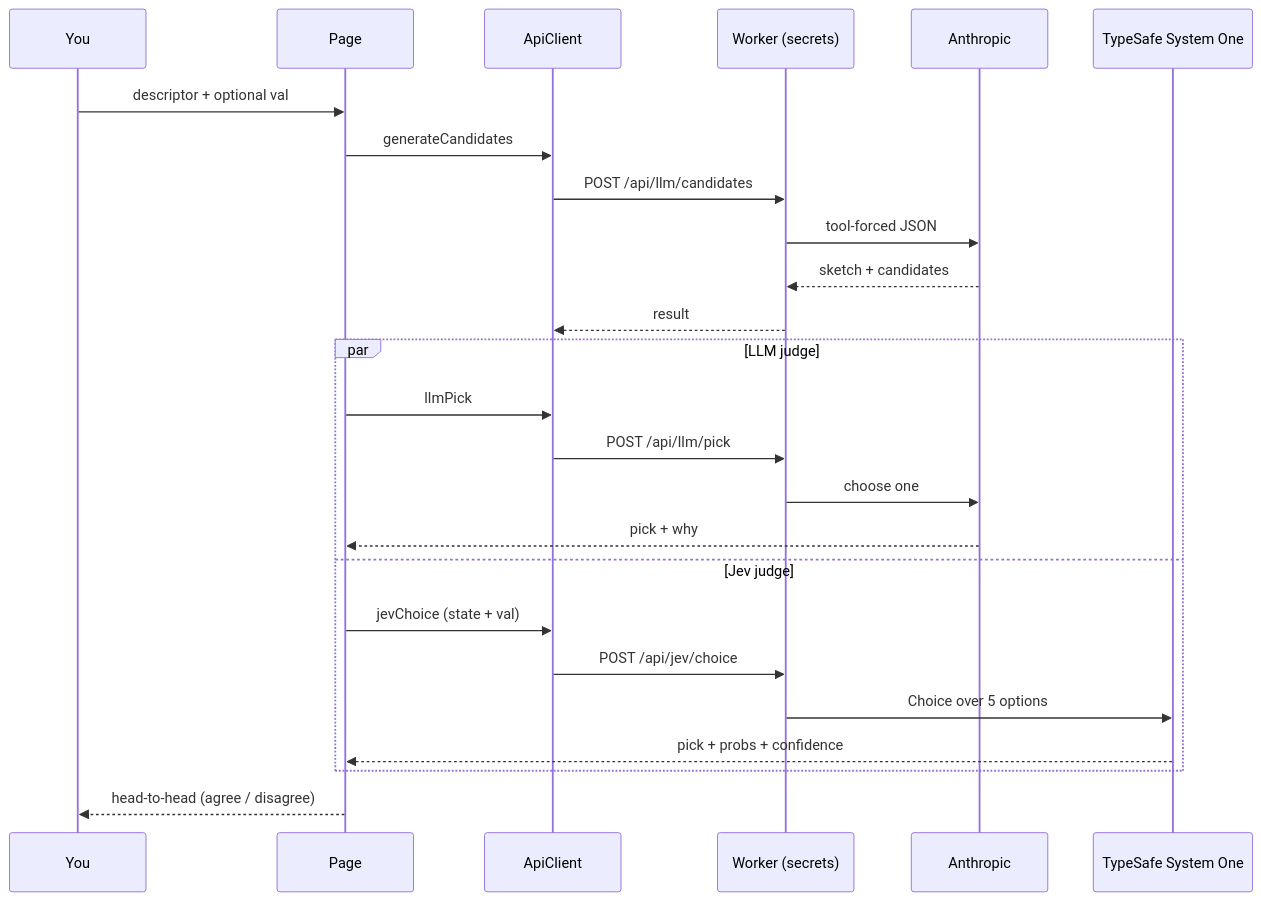
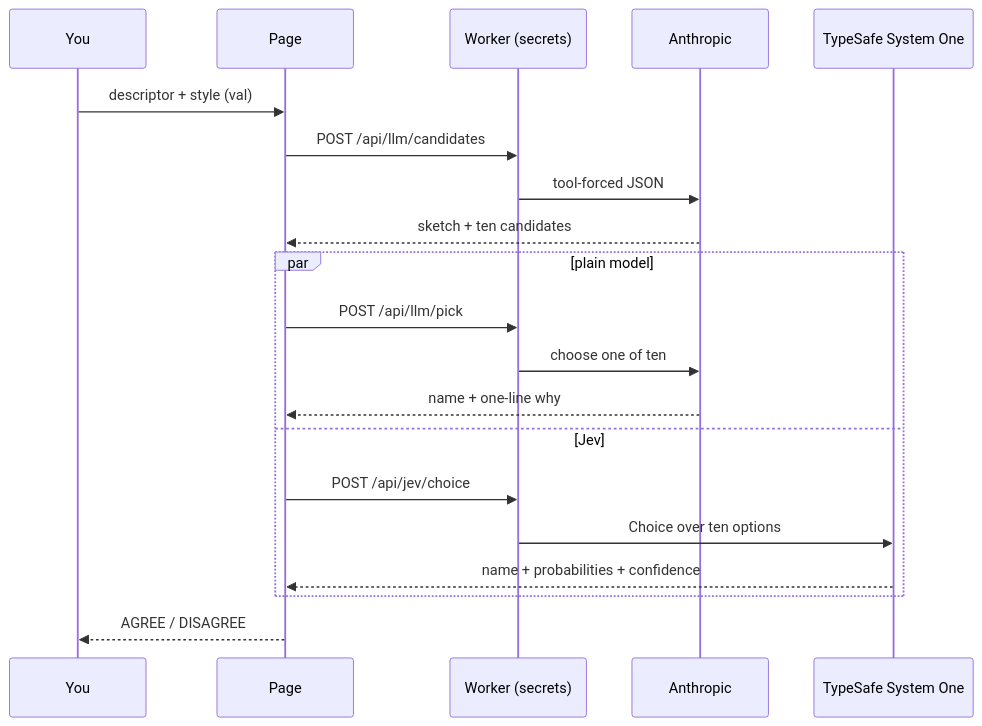
Before and after one commit to who/naming-things: the diagram in README.md, drawn with Mermaid. The commit also changed other lines of this file, not shown here.

````diff
--- a/README.md
+++ b/README.md
@@ -45,28 +58,23 @@
 ```mermaid
 sequenceDiagram
   participant You
   participant Page
-  participant API as ApiClient
   participant W as Worker (secrets)
   participant LLM as Anthropic
   participant Jev as TypeSafe System One
 
-  You->>Page: descriptor + optional val
-  Page->>API: generateCandidates
-  API->>W: POST /api/llm/candidates
+  You->>Page: descriptor + style (val)
+  Page->>W: POST /api/llm/candidates
   W->>LLM: tool-forced JSON
-  LLM-->>W: sketch + candidates
-  W-->>API: result
-  par LLM judge
-    Page->>API: llmPick
-    API->>W: POST /api/llm/pick
-    W->>LLM: choose one
-    LLM-->>Page: pick + why
-  and Jev judge
-    Page->>API: jevChoice (state + val)
-    API->>W: POST /api/jev/choice
-    W->>Jev: Choice over 5 options
-    Jev-->>Page: pick + probs + confidence
+  LLM-->>Page: sketch + ten candidates
+  par plain model
+    Page->>W: POST /api/llm/pick
+    W->>LLM: choose one of ten
+    LLM-->>Page: name + one-line why
+  and Jev
+    Page->>W: POST /api/jev/choice
+    W->>Jev: Choice over ten options
+    Jev-->>Page: name + probabilities + confidence
   end
-  Page-->>You: head-to-head (agree / disagree)
+  Page-->>You: AGREE / DISAGREE
 ```
````
